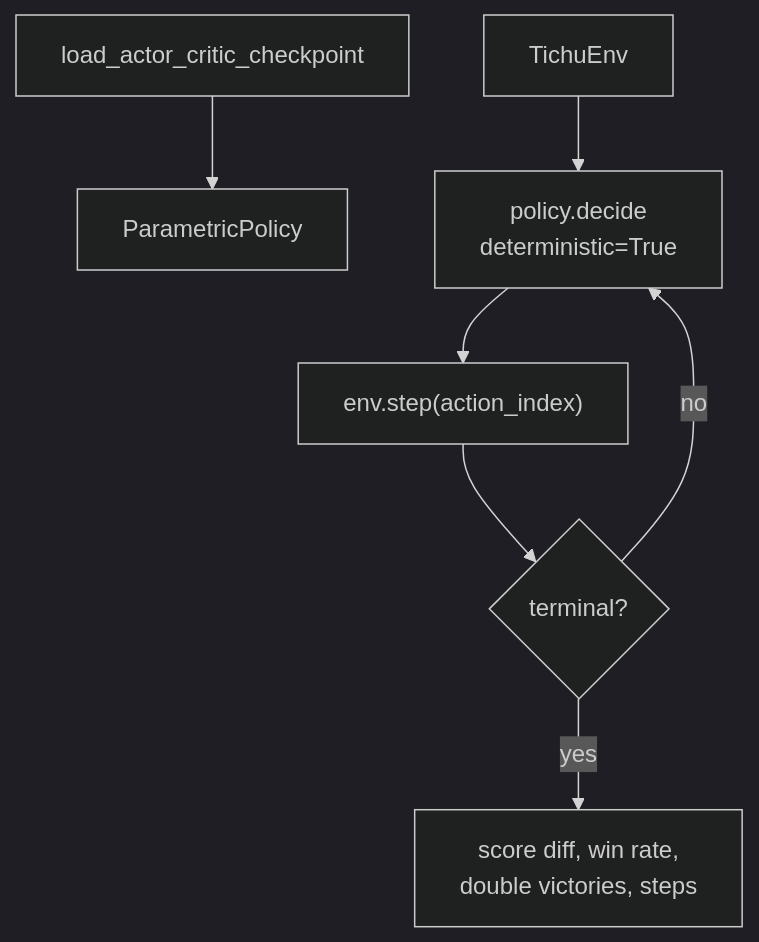
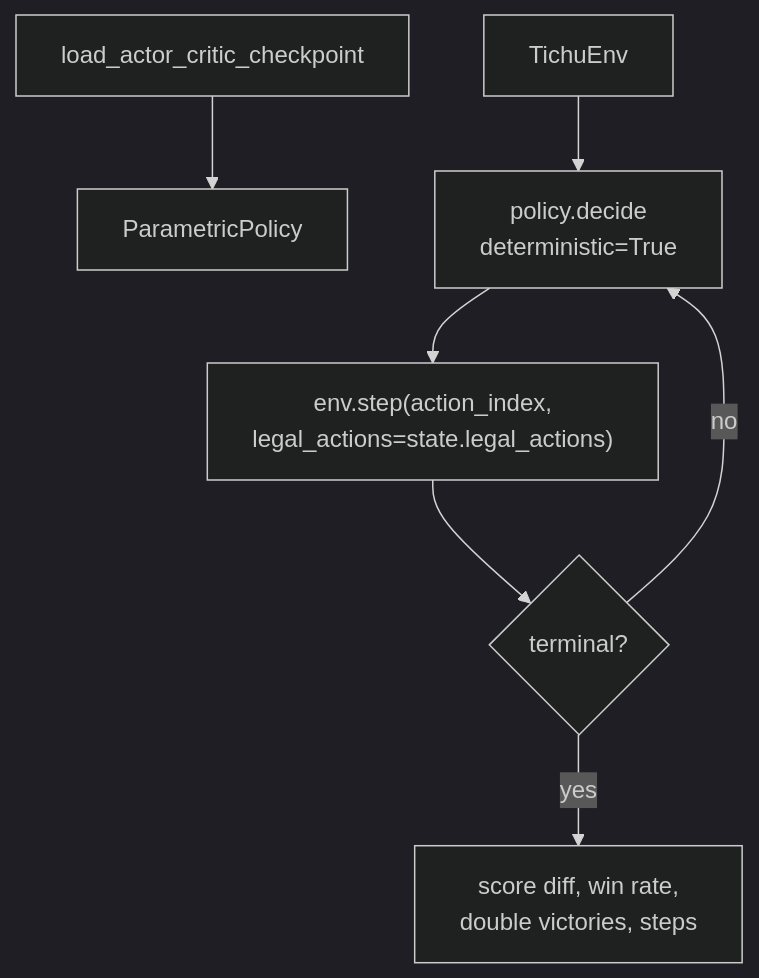
Before and after one commit to wemaxon/tichu-agent: the seventh of 7 diagrams in docs/ml_architecture.md, drawn with Mermaid (dark theme). The commit also changed other lines of this file and 1 other file, not shown here.

````diff
--- a/docs/ml_architecture.md
+++ b/docs/ml_architecture.md
@@ -347,15 +422,15 @@
 ```mermaid
 flowchart TD
     Load["load_actor_critic_checkpoint"]
     Policy["ParametricPolicy"]
     Env["TichuEnv"]
     Decide["policy.decide<br/>deterministic=True"]
-    Step["env.step(action_index)"]
+    Step["env.step(action_index,<br/>legal_actions=state.legal_actions)"]
     Done{"terminal?"}
     Metrics["score diff, win rate,<br/>double victories, steps"]
 
     Load --> Policy
     Env --> Decide --> Step --> Done
     Done -- no --> Decide
     Done -- yes --> Metrics
 ```
````
